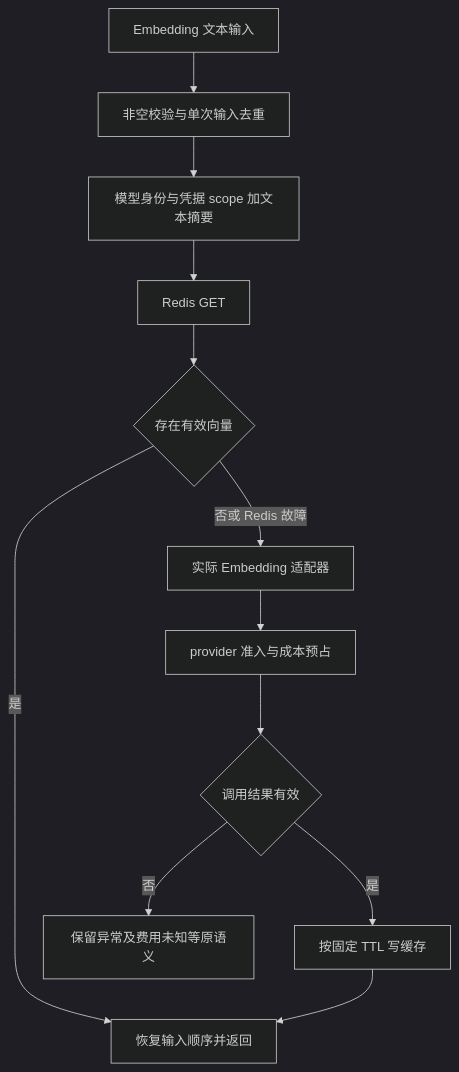
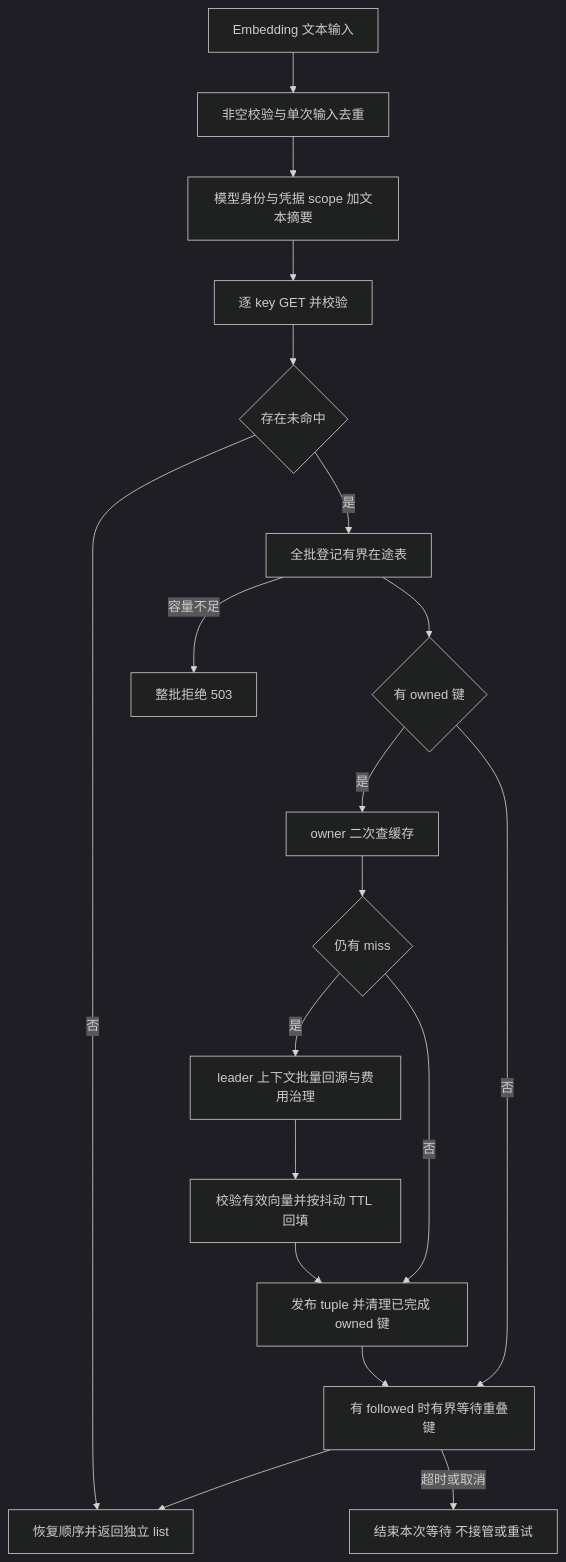
Before and after one commit to zyiguo/deepsearch-paper-agent: the diagram in docs/CONCURRENCY_AVAILABILITY_PERFORMANCE_REDIS.md, drawn with Mermaid (dark theme). The commit also changed other lines of this file and 21 other files, not shown here.

Commit message:
feat: protect embedding cache with singleflight and TTL jitter

````diff
--- a/docs/CONCURRENCY_AVAILABILITY_PERFORMANCE_REDIS.md
+++ b/docs/CONCURRENCY_AVAILABILITY_PERFORMANCE_REDIS.md
@@ -122,14 +122,21 @@
 ```mermaid
 flowchart TD
     A[Embedding 文本输入] --> B[非空校验与单次输入去重]
     B --> C[模型身份与凭据 scope 加文本摘要]
-    C --> D[Redis GET]
-    D --> E{存在有效向量}
-    E -->|是| F[恢复输入顺序并返回]
-    E -->|否或 Redis 故障| G[实际 Embedding 适配器]
-    G --> H[provider 准入与成本预占]
-    H --> I{调用结果有效}
-    I -->|是| J[按固定 TTL 写缓存]
-    J --> F
-    I -->|否| K[保留异常及费用未知等原语义]
+    C --> D[逐 key GET 并校验]
+    D --> E{存在未命中}
+    E -->|否| F[恢复顺序并返回独立 list]
+    E -->|是| G[全批登记有界在途表]
+    G -->|容量不足| R[整批拒绝 503]
+    G --> H{有 owned 键}
+    H -->|是| I[owner 二次查缓存]
+    I --> J{仍有 miss}
+    J -->|是| P[leader 上下文批量回源与费用治理]
+    P --> K[校验有效向量并按抖动 TTL 回填]
+    K --> L[发布 tuple 并清理已完成 owned 键]
+    J -->|否| L
+    H -->|否| M[有 followed 时有界等待重叠键]
+    L --> M
+    M --> F
+    M -->|超时或取消| N[结束本次等待 不接管或重试]
 ```
````
